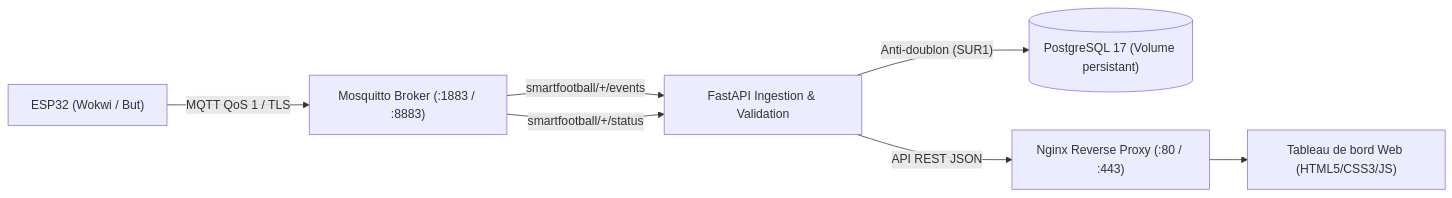
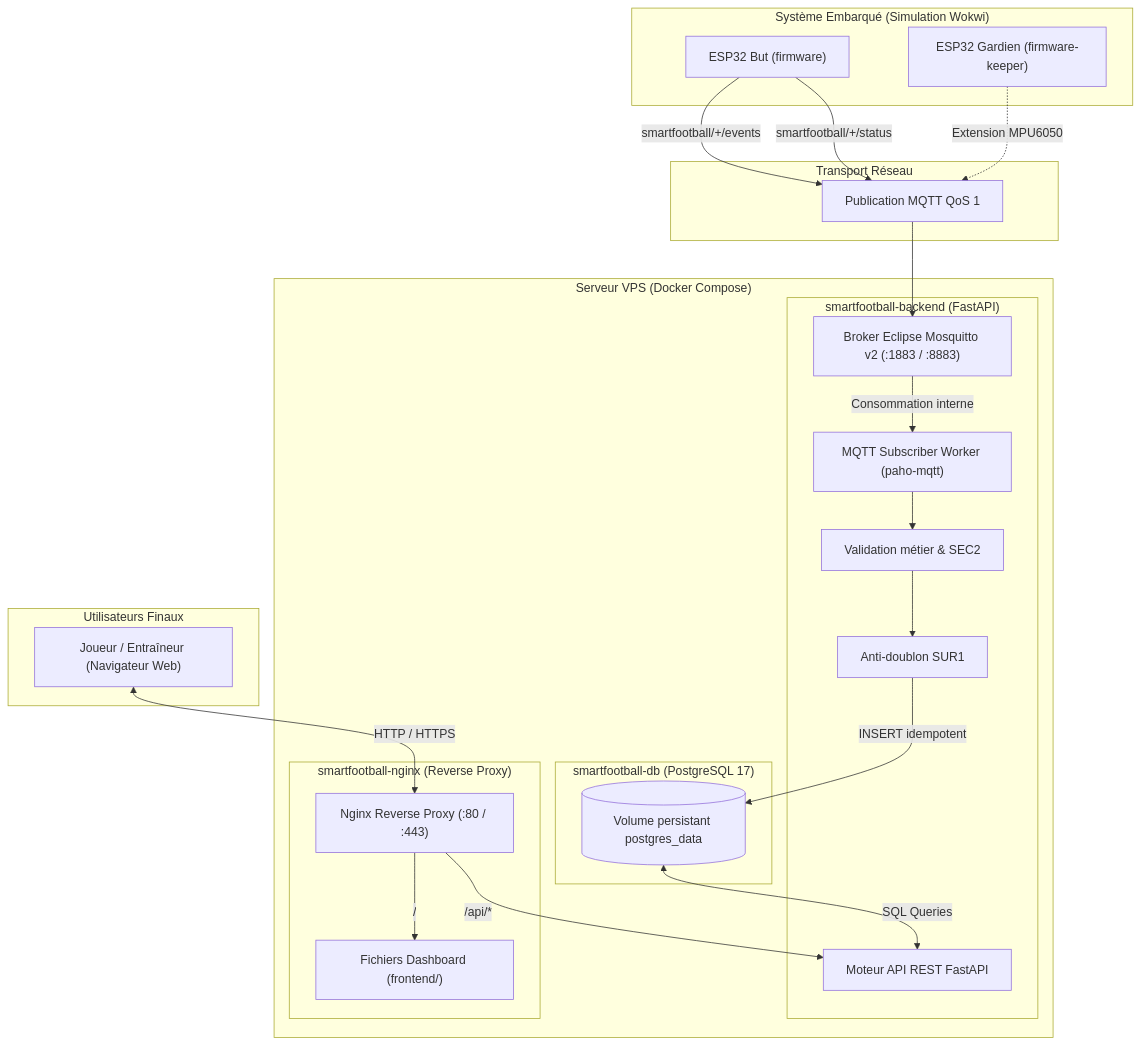
Before and after one commit to Oussama1803/smart-football: the diagram in docs/cloud-backend.md, drawn with Mermaid. The commit also changed other lines of this file and 6 other files, not shown here.

````diff
--- a/docs/cloud-backend.md
+++ b/docs/cloud-backend.md
@@ -12,9 +20,48 @@
 ```mermaid
-flowchart LR
-    ESP32["ESP32 (Wokwi / But)"] -- "MQTT QoS 1 / TLS" --> Mosquitto["Mosquitto Broker (:1883 / :8883)"]
-    Mosquitto -- "smartfootball/+/events" --> Backend["FastAPI Ingestion & Validation"]
-    Mosquitto -- "smartfootball/+/status" --> Backend
-    Backend -- "Anti-doublon (SUR1)" --> DB[("PostgreSQL 17 (Volume persistant)")]
-    Backend -- "API REST JSON" --> Nginx["Nginx Reverse Proxy (:80 / :443)"]
-    Nginx --> Dashboard["Tableau de bord Web (HTML5/CSS3/JS)"]
+flowchart TD
+    subgraph Terrain["Système Embarqué (Simulation Wokwi)"]
+        ESP32["ESP32 But (firmware)"]
+        KEEPER["ESP32 Gardien (firmware-keeper)"]
+    end
+
+    subgraph Transport["Transport Réseau"]
+        MQTT_PUB["Publication MQTT QoS 1"]
+        ESP32 -->|smartfootball/+/events| MQTT_PUB
+        ESP32 -->|smartfootball/+/status| MQTT_PUB
+        KEEPER -.->|Extension MPU6050| MQTT_PUB
+    end
+
+    subgraph Stack["Serveur VPS (Docker Compose)"]
+        Mosquitto["Broker Eclipse Mosquitto v2 (:1883 / :8883)"]
+        MQTT_PUB --> Mosquitto
+
+        subgraph BackendContainer["smartfootball-backend (FastAPI)"]
+            Worker["MQTT Subscriber Worker (paho-mqtt)"]
+            Validator["Validation métier & SEC2"]
+            Deduplicator["Anti-doublon SUR1"]
+            APIEngine["Moteur API REST FastAPI"]
+            
+            Mosquitto -->|Consommation interne| Worker
+            Worker --> Validator
+            Validator --> Deduplicator
+        end
+
+        subgraph DatabaseContainer["smartfootball-db (PostgreSQL 17)"]
+            PG[(Volume persistant postgres_data)]
+            Deduplicator -->|INSERT idempotent| PG
+            PG <-->|SQL Queries| APIEngine
+        end
+
+        subgraph WebContainer["smartfootball-nginx (Reverse Proxy)"]
+            Nginx["Nginx Reverse Proxy (:80 / :443)"]
+            Static["Fichiers Dashboard (frontend/)"]
+            Nginx -->|/api/*| APIEngine
+            Nginx -->|/| Static
+        end
+    end
+
+    subgraph Utilisateurs["Utilisateurs Finaux"]
+        Browser["Joueur / Entraîneur (Navigateur Web)"]
+        Browser <-->|HTTP / HTTPS| Nginx
+    end
 ```
````
